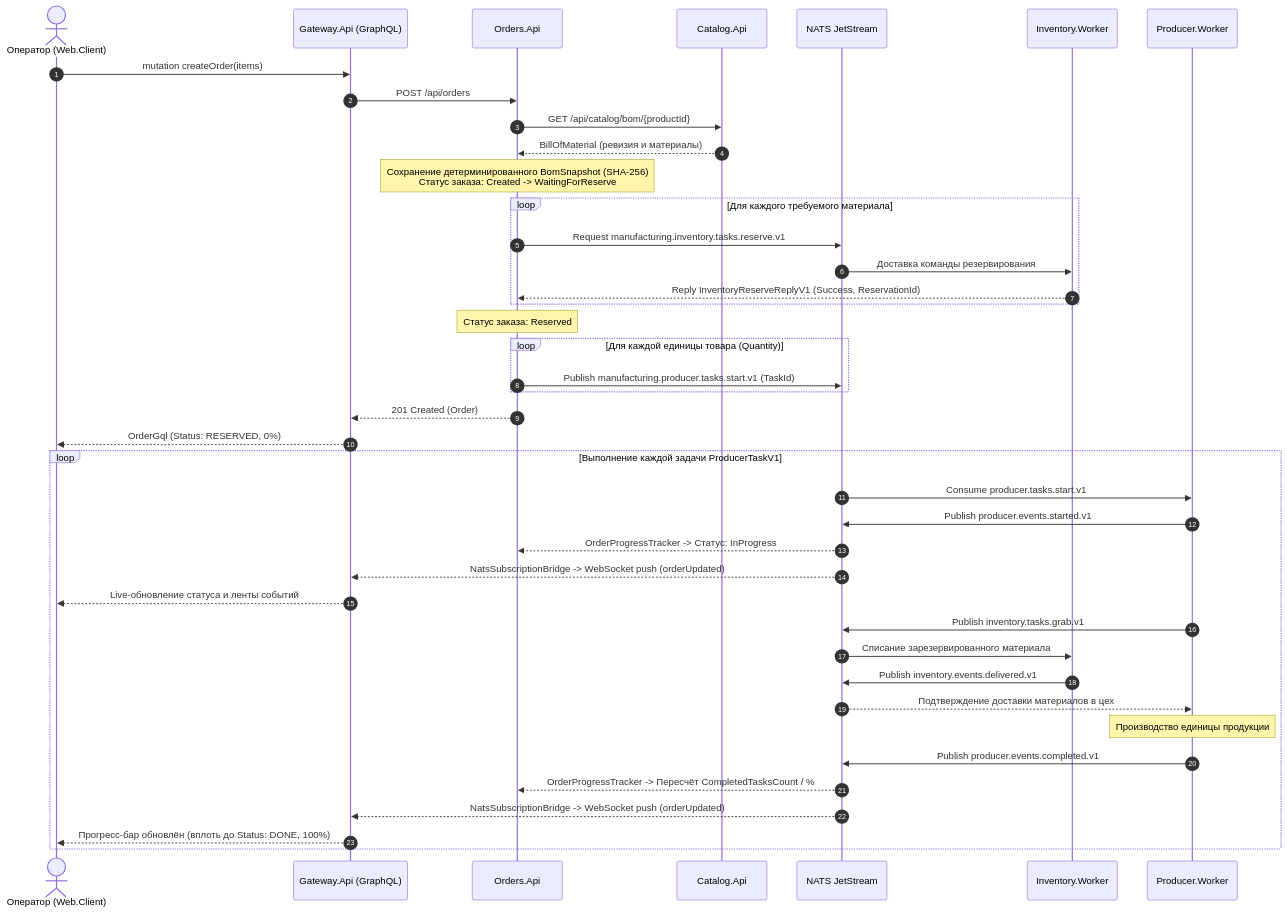
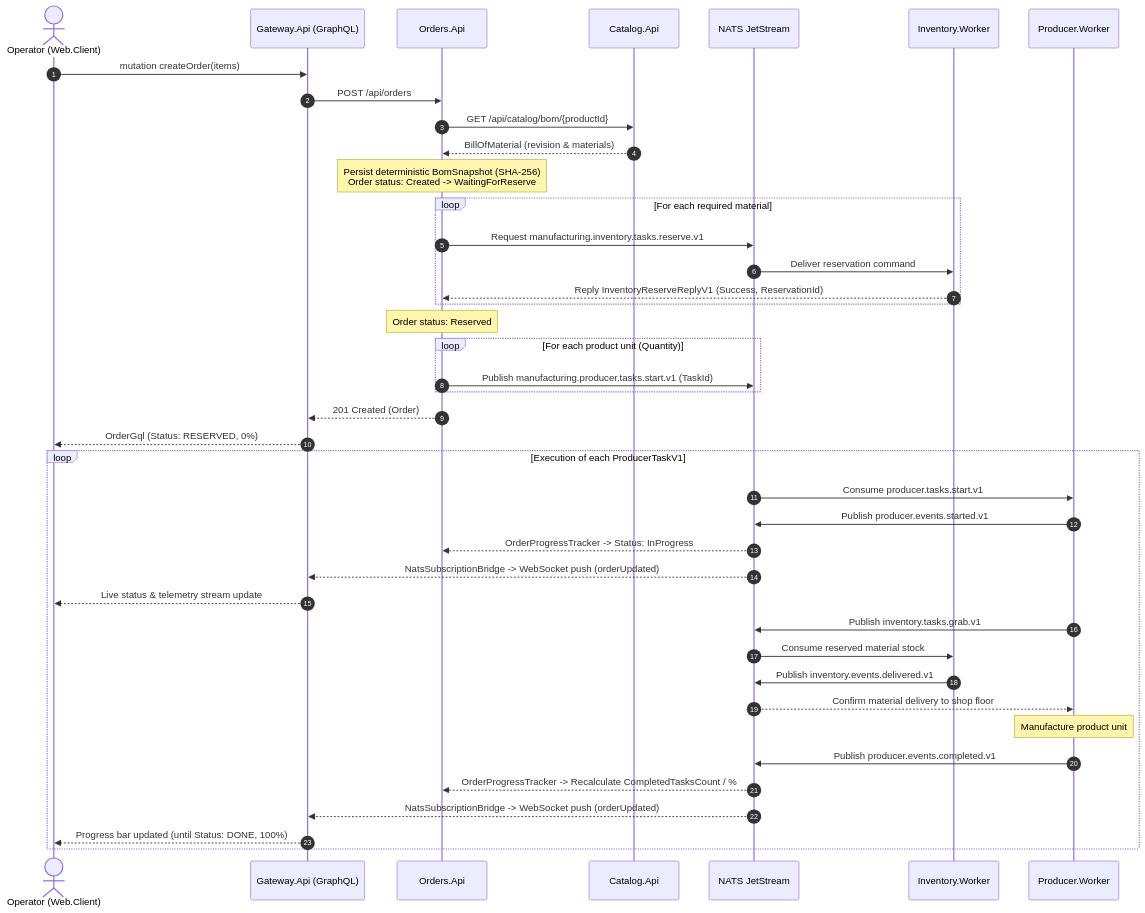
The third of 3 diagrams in README.md (Stalis/manufacturing-platform), drawn with Mermaid before and after one commit. The commit also changed other lines of this file, not shown here.

````diff
--- a/README.md
+++ b/README.md
@@ -107,49 +107,49 @@
 ```mermaid
 sequenceDiagram
     autonumber
-    actor User as Оператор (Web.Client)
+    actor User as Operator (Web.Client)
     participant GW as Gateway.Api (GraphQL)
     participant ORD as Orders.Api
     participant CAT as Catalog.Api
     participant NATS as NATS JetStream
     participant INV as Inventory.Worker
     participant PROD as Producer.Worker
 
     User->>GW: mutation createOrder(items)
     GW->>ORD: POST /api/orders
     ORD->>CAT: GET /api/catalog/bom/{productId}
-    CAT-->>ORD: BillOfMaterial (ревизия и материалы)
-    Note over ORD: Сохранение детерминированного BomSnapshot (SHA-256)<br/>Статус заказа: Created -> WaitingForReserve
+    CAT-->>ORD: BillOfMaterial (revision & materials)
+    Note over ORD: Persist deterministic BomSnapshot (SHA-256)<br/>Order status: Created -> WaitingForReserve
 
-    loop Для каждого требуемого материала
+    loop For each required material
         ORD->>NATS: Request manufacturing.inventory.tasks.reserve.v1
-        NATS->>INV: Доставка команды резервирования
+        NATS->>INV: Deliver reservation command
         INV-->>ORD: Reply InventoryReserveReplyV1 (Success, ReservationId)
     end
 
-    Note over ORD: Статус заказа: Reserved
-    loop Для каждой единицы товара (Quantity)
+    Note over ORD: Order status: Reserved
+    loop For each product unit (Quantity)
         ORD->>NATS: Publish manufacturing.producer.tasks.start.v1 (TaskId)
     end
     ORD-->>GW: 201 Created (Order)
     GW-->>User: OrderGql (Status: RESERVED, 0%)
 
-    loop Выполнение каждой задачи ProducerTaskV1
+    loop Execution of each ProducerTaskV1
         NATS->>PROD: Consume producer.tasks.start.v1
         PROD->>NATS: Publish producer.events.started.v1
-        NATS-->>ORD: OrderProgressTracker -> Статус: InProgress
+        NATS-->>ORD: OrderProgressTracker -> Status: InProgress
         NATS-->>GW: NatsSubscriptionBridge -> WebSocket push (orderUpdated)
-        GW-->>User: Live-обновление статуса и ленты событий
+        GW-->>User: Live status & telemetry stream update
 
         PROD->>NATS: Publish inventory.tasks.grab.v1
-        NATS->>INV: Списание зарезервированного материала
+        NATS->>INV: Consume reserved material stock
         INV->>NATS: Publish inventory.events.delivered.v1
-        NATS-->>PROD: Подтверждение доставки материалов в цех
+        NATS-->>PROD: Confirm material delivery to shop floor
 
-        Note over PROD: Производство единицы продукции
+        Note over PROD: Manufacture product unit
         PROD->>NATS: Publish producer.events.completed.v1
-        NATS-->>ORD: OrderProgressTracker -> Пересчёт CompletedTasksCount / %
+        NATS-->>ORD: OrderProgressTracker -> Recalculate CompletedTasksCount / %
         NATS-->>GW: NatsSubscriptionBridge -> WebSocket push (orderUpdated)
-        GW-->>User: Прогресс-бар обновлён (вплоть до Status: DONE, 100%)
+        GW-->>User: Progress bar updated (until Status: DONE, 100%)
     end
 ```
````
